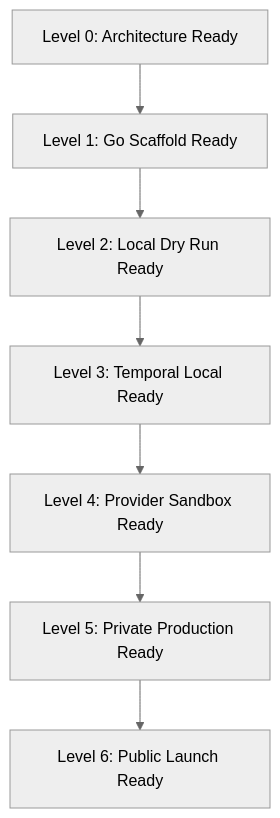
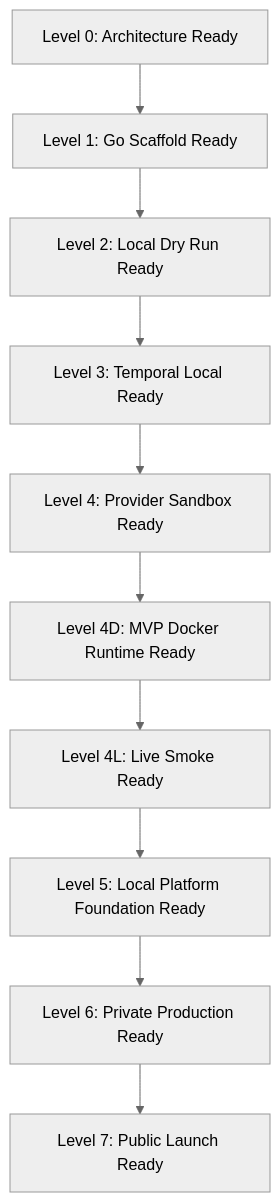
The diagram in docs/PRODUCTION_READINESS.md (AnimusHQ/news), drawn with Mermaid (neutral theme) before and after one commit. The commit also changed other lines of this file, not shown here.

Commit message:
docs: update readiness ladder for platform foundation

````diff
--- a/docs/PRODUCTION_READINESS.md
+++ b/docs/PRODUCTION_READINESS.md
@@ -30,9 +59,12 @@
 ```mermaid
 flowchart TD
   L0[Level 0: Architecture Ready] --> L1[Level 1: Go Scaffold Ready]
   L1 --> L2[Level 2: Local Dry Run Ready]
   L2 --> L3[Level 3: Temporal Local Ready]
   L3 --> L4[Level 4: Provider Sandbox Ready]
-  L4 --> L5[Level 5: Private Production Ready]
-  L5 --> L6[Level 6: Public Launch Ready]
+  L4 --> L4D[Level 4D: MVP Docker Runtime Ready]
+  L4D --> L4L[Level 4L: Live Smoke Ready]
+  L4L --> L5[Level 5: Local Platform Foundation Ready]
+  L5 --> L6[Level 6: Private Production Ready]
+  L6 --> L7[Level 7: Public Launch Ready]
 ```
````
